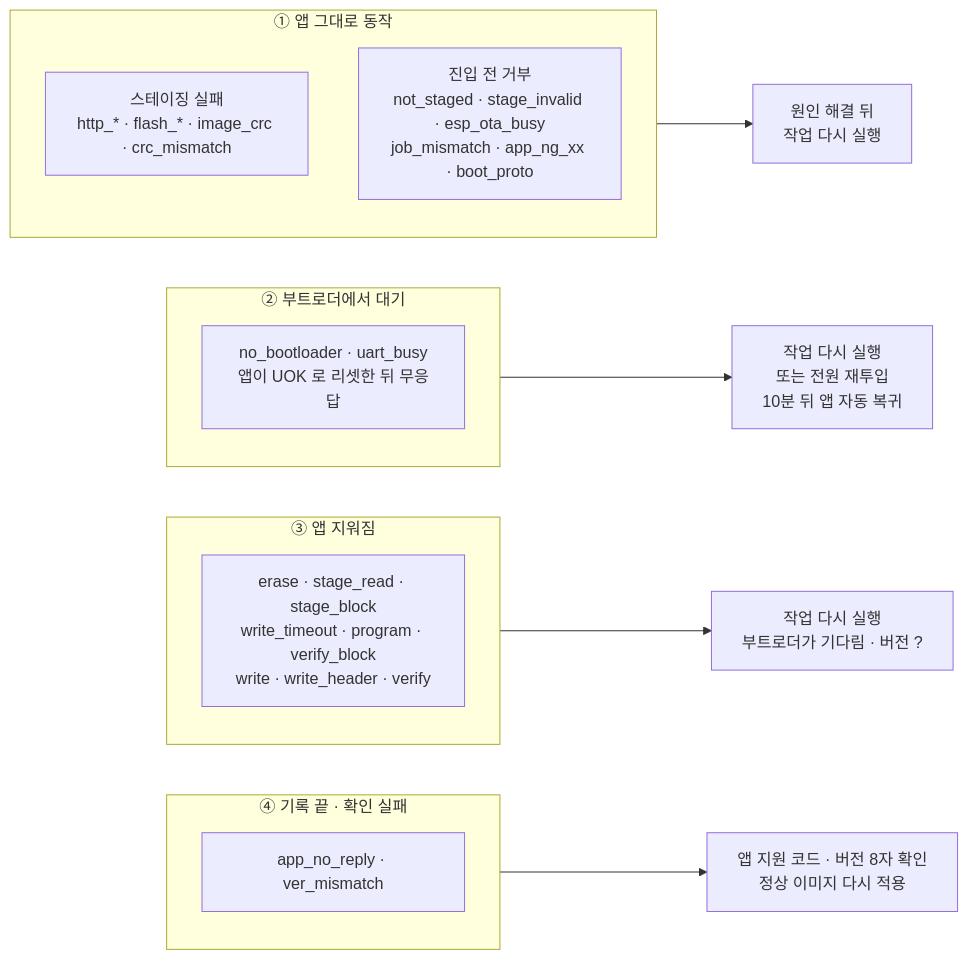
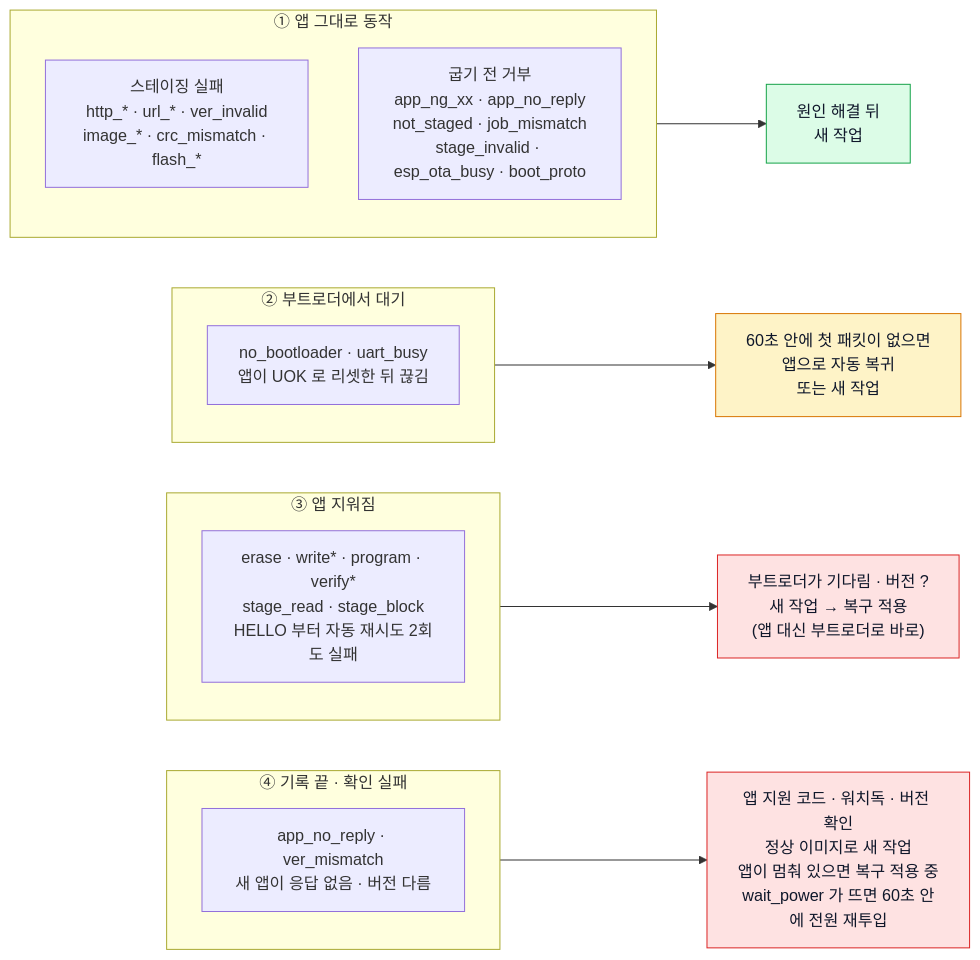
The diagram in docs/diagrams/mainboard-fail-state.mmd (Leepy0/AGV_FOTA_GATEWAY), drawn with Mermaid before and after one commit. The commit also changed 34 other files, not shown here.

```diff
--- a/docs/diagrams/mainboard-fail-state.mmd
+++ b/docs/diagrams/mainboard-fail-state.mmd
@@ -1,22 +1,28 @@
 flowchart LR
   subgraph D["④ 기록 끝 · 확인 실패"]
     direction TB
-    D1["app_no_reply · ver_mismatch"]
+    D1["app_no_reply · ver_mismatch<br/>새 앱이 응답 없음 · 버전 다름"]
   end
   subgraph C["③ 앱 지워짐"]
     direction TB
-    C1["erase · stage_read · stage_block<br/>write_timeout · program · verify_block<br/>write · write_header · verify"]
+    C1["erase · write* · program · verify*<br/>stage_read · stage_block<br/>HELLO 부터 자동 재시도 2회도 실패"]
   end
   subgraph B["② 부트로더에서 대기"]
     direction TB
-    B1["no_bootloader · uart_busy<br/>앱이 UOK 로 리셋한 뒤 무응답"]
+    B1["no_bootloader · uart_busy<br/>앱이 UOK 로 리셋한 뒤 끊김"]
   end
   subgraph A["① 앱 그대로 동작"]
     direction TB
-    A1["스테이징 실패<br/>http_* · flash_* · image_crc · crc_mismatch"]
-    A2["진입 전 거부<br/>not_staged · stage_invalid · esp_ota_busy<br/>job_mismatch · app_ng_xx · boot_proto"]
+    A1["스테이징 실패<br/>http_* · url_* · ver_invalid<br/>image_* · crc_mismatch · flash_*"]
+    A2["굽기 전 거부<br/>app_ng_xx · app_no_reply<br/>not_staged · job_mismatch<br/>stage_invalid · esp_ota_busy · boot_proto"]
   end
-  A --> RA["원인 해결 뒤<br/>작업 다시 실행"]
-  B --> RB["작업 다시 실행<br/>또는 전원 재투입<br/>10분 뒤 앱 자동 복귀"]
-  C --> RC["작업 다시 실행<br/>부트로더가 기다림 · 버전 ?"]
-  D --> RD["앱 지원 코드 · 버전 8자 확인<br/>정상 이미지 다시 적용"]
+  A --> RA["원인 해결 뒤<br/>새 작업"]
+  B --> RB["60초 안에 첫 패킷이 없으면<br/>앱으로 자동 복귀<br/>또는 새 작업"]
+  C --> RC["부트로더가 기다림 · 버전 ?<br/>새 작업 → 복구 적용<br/>(앱 대신 부트로더로 바로)"]
+  D --> RD["앱 지원 코드 · 워치독 · 버전 확인<br/>정상 이미지로 새 작업<br/>앱이 멈춰 있으면 복구 적용 중<br/>wait_power 가 뜨면 60초 안에 전원 재투입"]
+  classDef ok fill:#dcfce7,stroke:#16a34a,color:#0f172a
+  classDef wait fill:#fef3c7,stroke:#d97706,color:#0f172a
+  classDef bad fill:#fee2e2,stroke:#dc2626,color:#0f172a
+  class RA ok
+  class RB wait
+  class RC,RD bad
```
